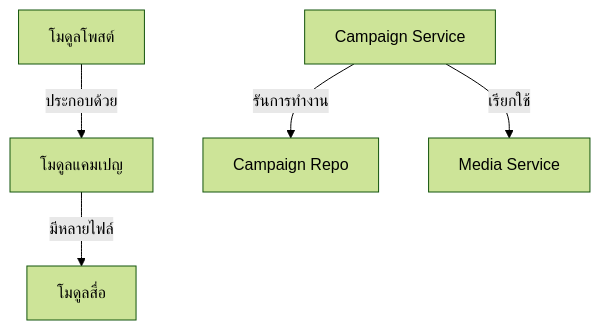
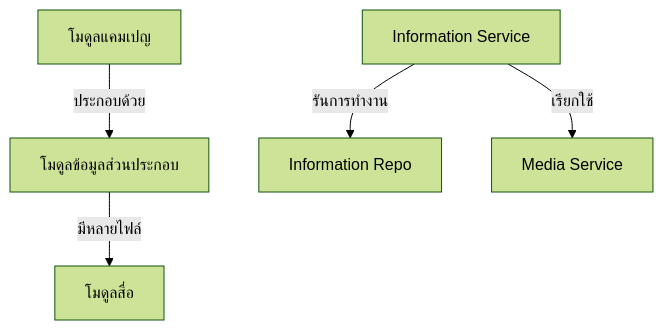
Before and after one commit to o-kard/okard-backend: the diagram in docs/developer_manual/th/campaign_module_manual.md, drawn with Mermaid (forest theme). The commit also changed other lines of this file and 11 other files, not shown here.

````diff
--- a/docs/developer_manual/th/campaign_module_manual.md
+++ b/docs/developer_manual/th/campaign_module_manual.md
@@ -21,8 +21,8 @@
 ```mermaid
 graph TD
-    Post[โมดูลโพสต์] -->|ประกอบด้วย| Campaign[โมดูลแคมเปญ]
-    Campaign -->|มีหลายไฟล์| Media[โมดูลสื่อ]
+    Campaign[โมดูลแคมเปญ] -->|ประกอบด้วย| Information[โมดูลข้อมูลส่วนประกอบ]
+    Information -->|มีหลายไฟล์| Media[โมดูลสื่อ]
     
-    Service[Campaign Service] -->|รันการทำงาน| Repo[Campaign Repo]
+    Service[Information Service] -->|รันการทำงาน| Repo[Information Repo]
     Service -->|เรียกใช้| MediaSvc[Media Service]
 ```
````
